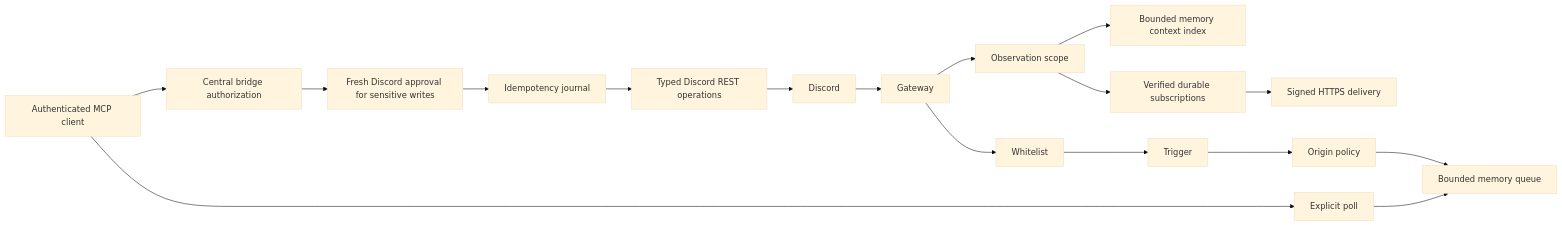
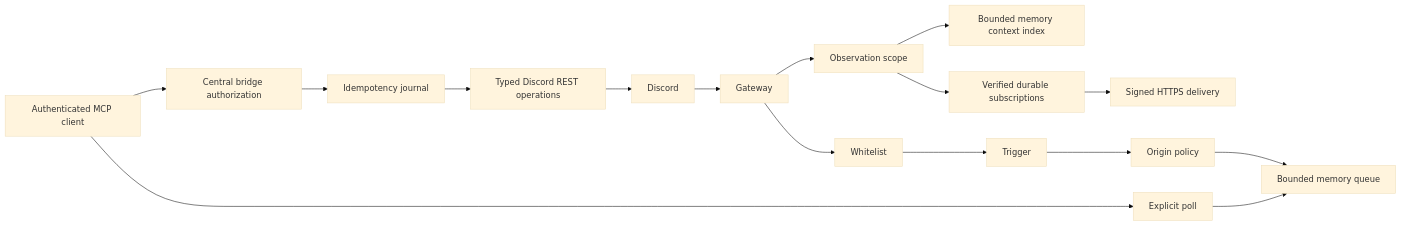
One commit to DevL0rd/Discordinator changed the diagram in docs/architecture.md. Above: the diagram before and after it, drawn with Mermaid (base theme). The commit also changed other lines of this file and 34 other files, not shown here.

Commit message:
Remove the approval step so destructive Discord tools run when called

````diff
--- a/docs/architecture.md
+++ b/docs/architecture.md
@@ -5,19 +5,18 @@
 ```mermaid
 flowchart LR
   Discord --> Gateway
   Gateway --> ReadScope[Observation scope]
   ReadScope --> Context[Bounded memory context index]
   ReadScope --> Subscriptions[Verified durable subscriptions]
   Subscriptions --> Webhook[Signed HTTPS delivery]
   Gateway --> Whitelist
   Whitelist --> Trigger
   Trigger --> OriginPolicy[Origin policy]
   OriginPolicy --> Queue[Bounded memory queue]
   Client[Authenticated MCP client] --> Poll[Explicit poll]
   Poll --> Queue
   Client --> Bridge[Central bridge authorization]
-  Bridge --> Approval[Fresh Discord approval for sensitive writes]
-  Approval --> Journal[Idempotency journal]
+  Bridge --> Journal[Idempotency journal]
   Journal --> REST[Typed Discord REST operations]
   REST --> Discord
 ```
````
